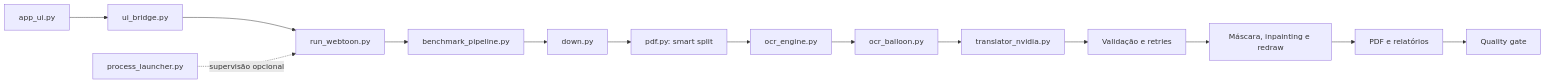
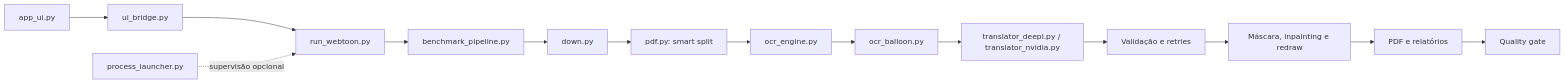
The first of 2 diagrams in docs/ARCHITECTURE.md (HenriquePvAr/Yomu-Sekai), drawn with Mermaid before and after one commit. The commit also changed other lines of this file and 11 other files, not shown here.

````diff
--- a/docs/ARCHITECTURE.md
+++ b/docs/ARCHITECTURE.md
@@ -22,16 +22,16 @@
 ```mermaid
 flowchart LR
     UI[app_ui.py] --> Bridge[ui_bridge.py]
     CLI[run_webtoon.py] --> Orchestrator[benchmark_pipeline.py]
     Bridge --> CLI
     Launcher[process_launcher.py] -. supervisão opcional .-> CLI
     Orchestrator --> Download[down.py]
     Download --> Split[pdf.py: smart split]
     Split --> OCR[ocr_engine.py]
     OCR --> Groups[ocr_balloon.py]
-    Groups --> Translation[translator_nvidia.py]
+    Groups --> Translation[translator_deepl.py / translator_nvidia.py]
     Translation --> Validation[Validação e retries]
     Validation --> Render[Máscara, inpainting e redraw]
     Render --> PDF[PDF e relatórios]
     PDF --> Gate[Quality gate]
 ```
````
